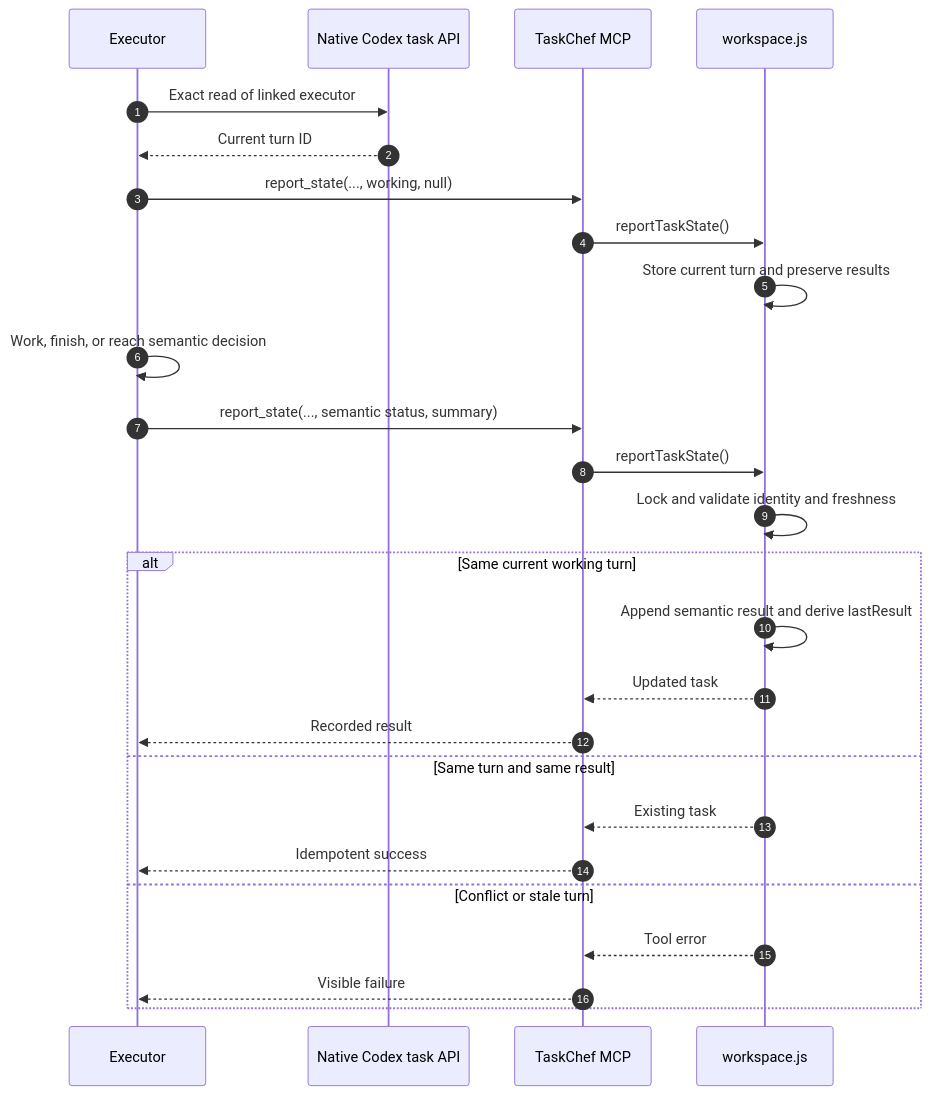
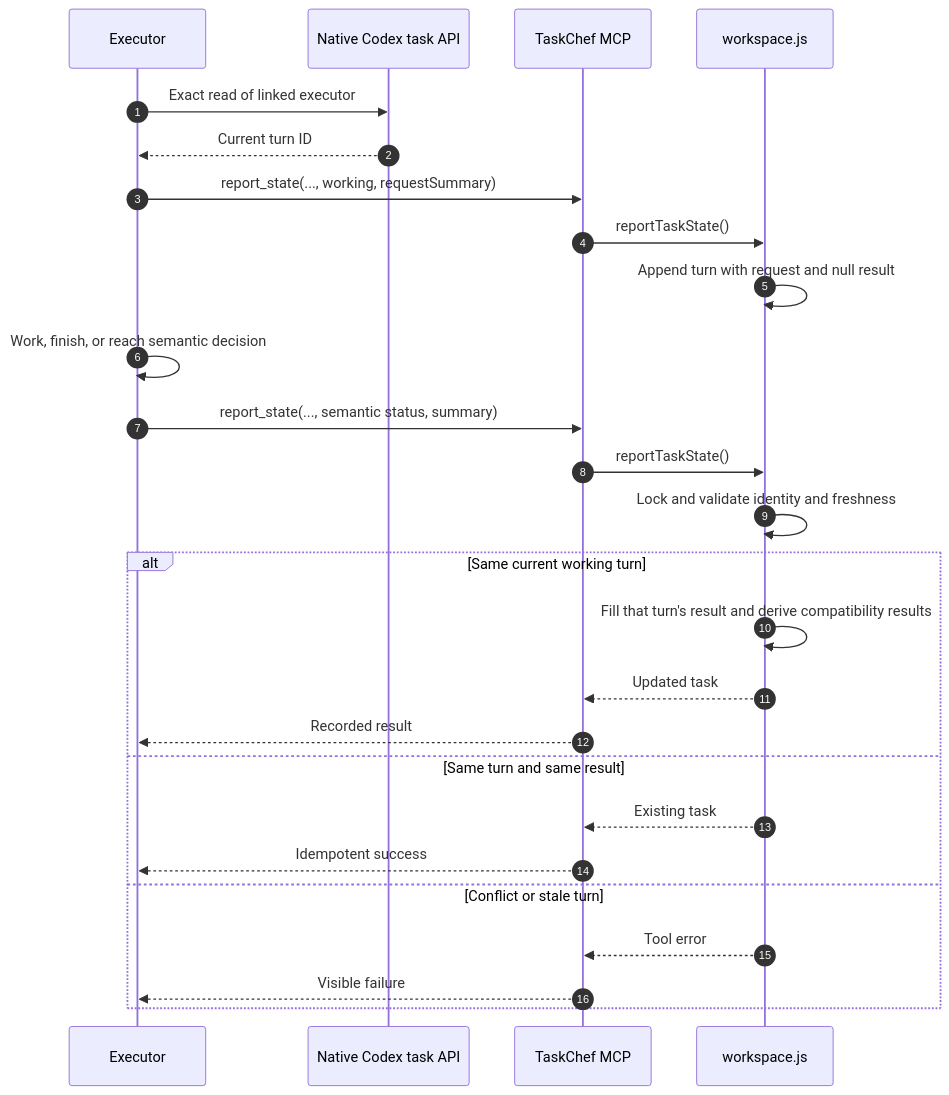
The third of 7 diagrams in docs/workflows.md (favoyang/taskchef), drawn with Mermaid before and after one commit. The commit also changed other lines of this file and 16 other files, not shown here.

Commit message:
feat: pair TaskChef requests and results by turn

````diff
--- a/docs/workflows.md
+++ b/docs/workflows.md
@@ -122,28 +122,28 @@
 ```mermaid
 sequenceDiagram
   autonumber
   participant E as Executor
   participant C as Native Codex task API
   participant M as TaskChef MCP
   participant W as workspace.js
   E->>C: Exact read of linked executor
   C-->>E: Current turn ID
-  E->>M: report_state(..., working, null)
+  E->>M: report_state(..., working, requestSummary)
   M->>W: reportTaskState()
-  W->>W: Store current turn and preserve results
+  W->>W: Append turn with request and null result
   E->>E: Work, finish, or reach semantic decision
   E->>M: report_state(..., semantic status, summary)
   M->>W: reportTaskState()
   W->>W: Lock and validate identity and freshness
   alt Same current working turn
-    W->>W: Append semantic result and derive lastResult
+    W->>W: Fill that turn's result and derive compatibility results
     W-->>M: Updated task
     M-->>E: Recorded result
   else Same turn and same result
     W-->>M: Existing task
     M-->>E: Idempotent success
   else Conflict or stale turn
     W-->>M: Tool error
     M-->>E: Visible failure
   end
 ```
````
